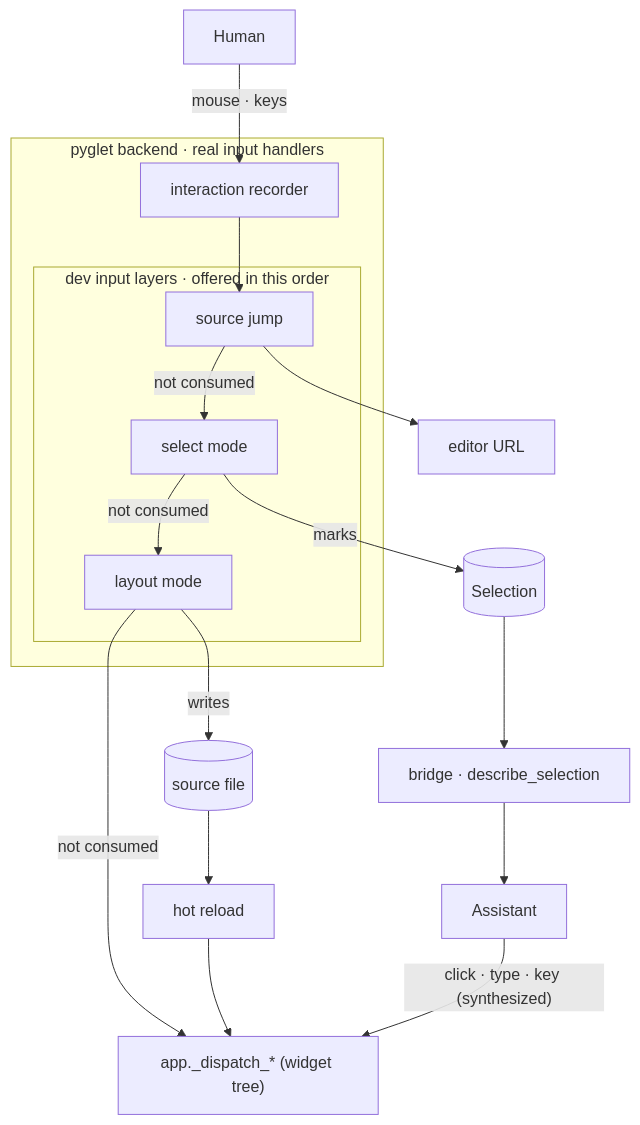
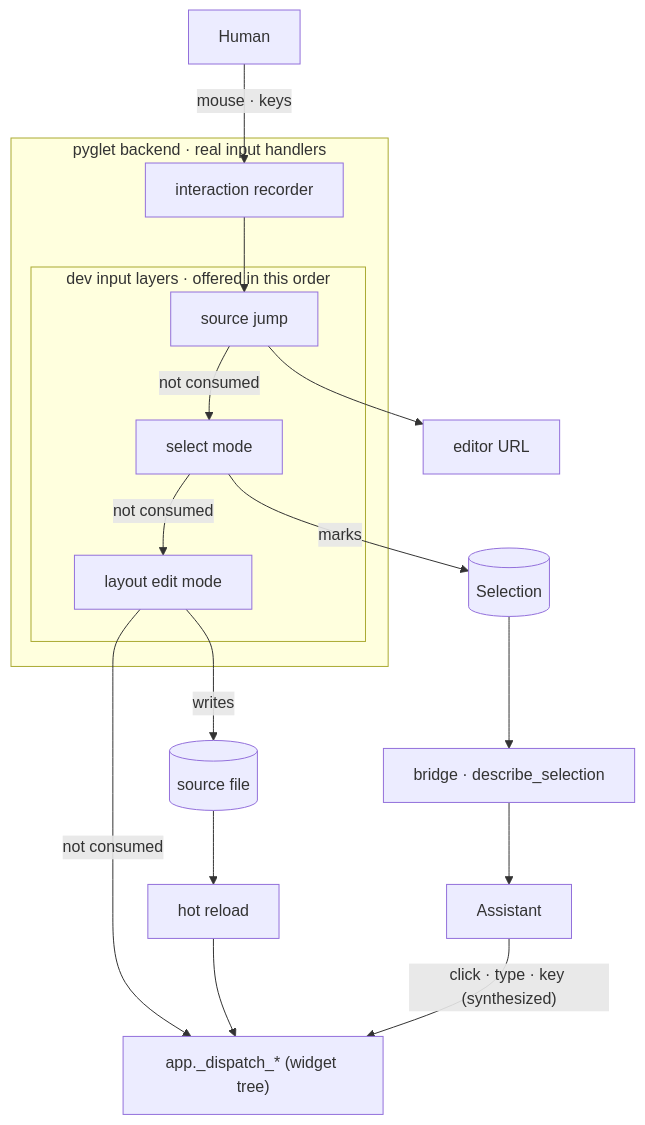
Before and after one commit to yuksblog/nuiitivet: the diagram in docs/design/DEV_MODES.md, drawn with Mermaid. The commit also changed other lines of this file and 21 other files, not shown here.

First line of the commit message:
feat(dev): rename layout mode to Layout Edit mode, Select mode enters on Ctrl+Shift+D

````diff
--- a/docs/design/DEV_MODES.md
+++ b/docs/design/DEV_MODES.md
@@ -29,26 +32,26 @@
 ```mermaid
 flowchart TB
     human[Human]
     assistant[Assistant]
     subgraph backend[pyglet backend · real input handlers]
         recorder[interaction recorder]
         subgraph layers[dev input layers · offered in this order]
             jump[source jump]
             select[select mode]
-            layout[layout mode]
+            layout[layout edit mode]
         end
     end
     dispatch["app._dispatch_* (widget tree)"]
     selection[(Selection)]
     editor[editor URL]
     file[(source file)]
     reload[hot reload]
     bridge[bridge · describe_selection]
 
     human -- "mouse · keys" --> recorder --> jump
     jump -- "not consumed" --> select -- "not consumed" --> layout -- "not consumed" --> dispatch
     assistant -- "click · type · key (synthesized)" --> dispatch
     jump --> editor
     select -- marks --> selection --> bridge --> assistant
     layout -- writes --> file --> reload --> dispatch
 ```
````
